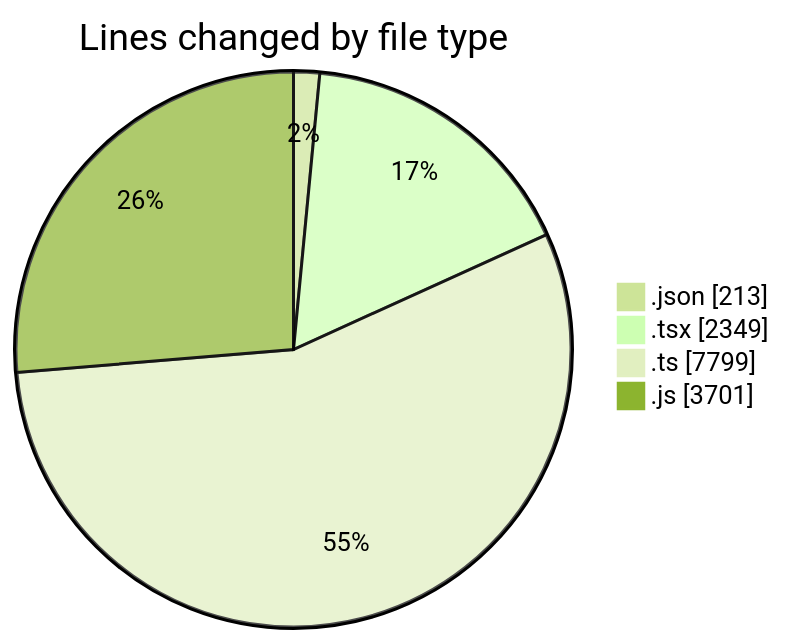
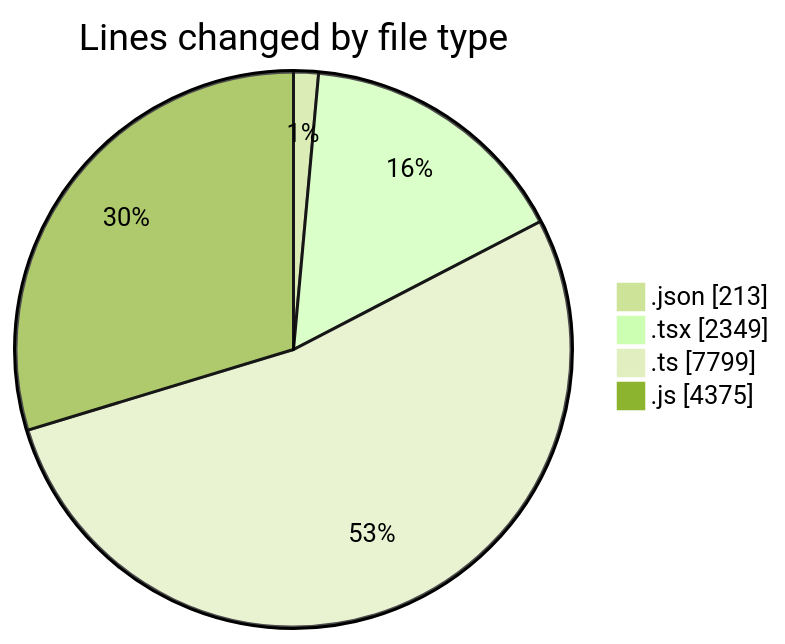
Before and after one commit to momahboobian/code-tracking: the first of 2 diagrams in 2025-07-28/cda/README.md, drawn with Mermaid (forest theme). The commit also changed other lines of this file and 1 other file, not shown here.

````diff
--- a/2025-07-28/cda/README.md
+++ b/2025-07-28/cda/README.md
@@ -31,8 +32,8 @@
 ```mermaid
 pie showData
 title Lines changed by file type
 ".json" : 213
 ".tsx" : 2349
 ".ts" : 7799
-".js" : 3701
+".js" : 4375
 ```
````
